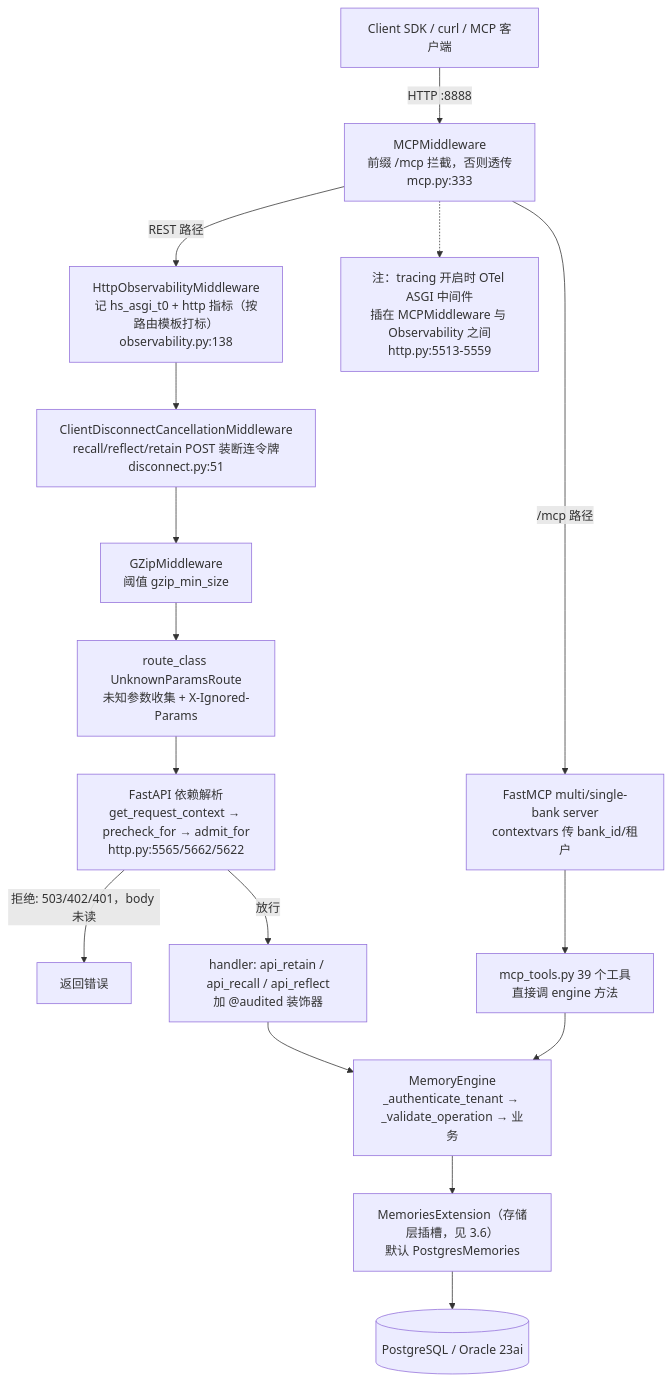
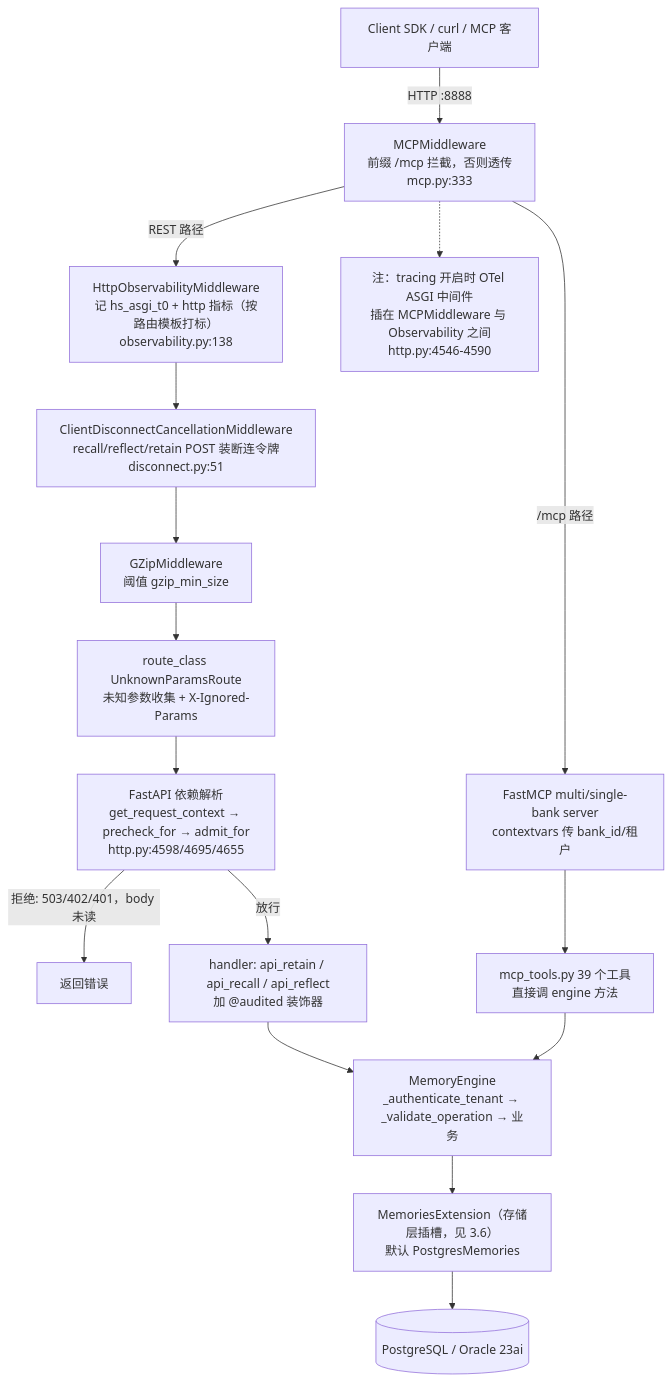
One commit to stefanv5/memory-platform-architecture changed the third of 7 diagrams in docs/hindsight/source-study/06-api-层与服务形态.md. Above: the diagram before and after it, drawn with Mermaid. The commit also changed other lines of this file and 10 other files, not shown here.

````diff
--- a/docs/hindsight/source-study/06-api-层与服务形态.md
+++ b/docs/hindsight/source-study/06-api-层与服务形态.md
@@ -218,18 +265,18 @@
 ```mermaid
 flowchart TD
     C["Client SDK / curl / MCP 客户端"] -->|"HTTP :8888"| MW1["MCPMiddleware<br/>前缀 /mcp 拦截，否则透传<br/>mcp.py:333"]
     MW1 -->|"REST 路径"| MW2["HttpObservabilityMiddleware<br/>记 hs_asgi_t0 + http 指标（按路由模板打标）<br/>observability.py:138"]
     MW2 --> MW3["ClientDisconnectCancellationMiddleware<br/>recall/reflect/retain POST 装断连令牌<br/>disconnect.py:51"]
     MW3 --> MW4["GZipMiddleware<br/>阈值 gzip_min_size"]
     MW4 --> ROUTE["route_class UnknownParamsRoute<br/>未知参数收集 + X-Ignored-Params"]
-    ROUTE --> DEP["FastAPI 依赖解析<br/>get_request_context → precheck_for → admit_for<br/>http.py:5565/5662/5622"]
+    ROUTE --> DEP["FastAPI 依赖解析<br/>get_request_context → precheck_for → admit_for<br/>http.py:4598/4695/4655"]
     DEP -->|"拒绝: 503/402/401，body 未读"| OUT["返回错误"]
     DEP -->|"放行"| HANDLER["handler: api_retain / api_recall / api_reflect<br/>加 @audited 装饰器"]
     HANDLER --> ENG["MemoryEngine<br/>_authenticate_tenant → _validate_operation → 业务"]
     ENG --> MEMO["MemoriesExtension（存储层插槽，见 3.6）<br/>默认 PostgresMemories"]
     MEMO --> DB[("PostgreSQL / Oracle 23ai")]
     MW1 -->|"/mcp 路径"| FASTMCP["FastMCP multi/single-bank server<br/>contextvars 传 bank_id/租户"]
-    MW1 -.-> OTELNOTE["注：tracing 开启时 OTel ASGI 中间件<br/>插在 MCPMiddleware 与 Observability 之间<br/>http.py:5513-5559"]
+    MW1 -.-> OTELNOTE["注：tracing 开启时 OTel ASGI 中间件<br/>插在 MCPMiddleware 与 Observability 之间<br/>http.py:4546-4590"]
     FASTMCP --> TOOLS["mcp_tools.py 39 个工具<br/>直接调 engine 方法"]
     TOOLS --> ENG
 ```
````
